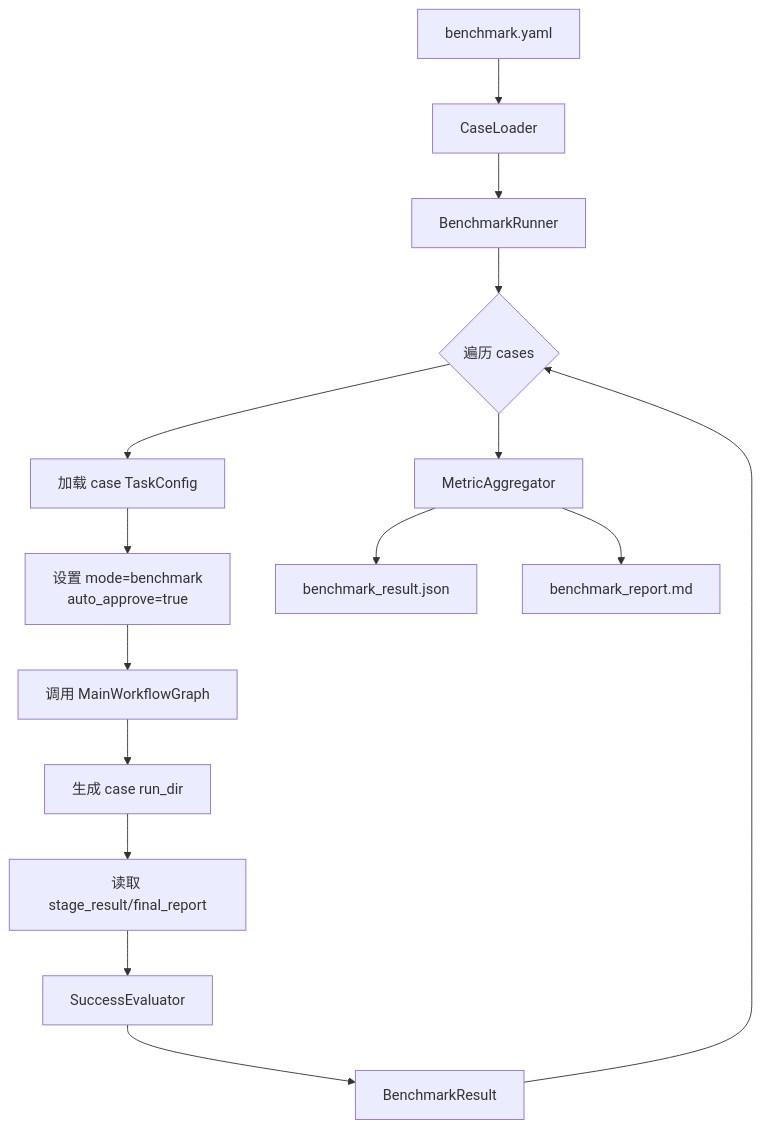
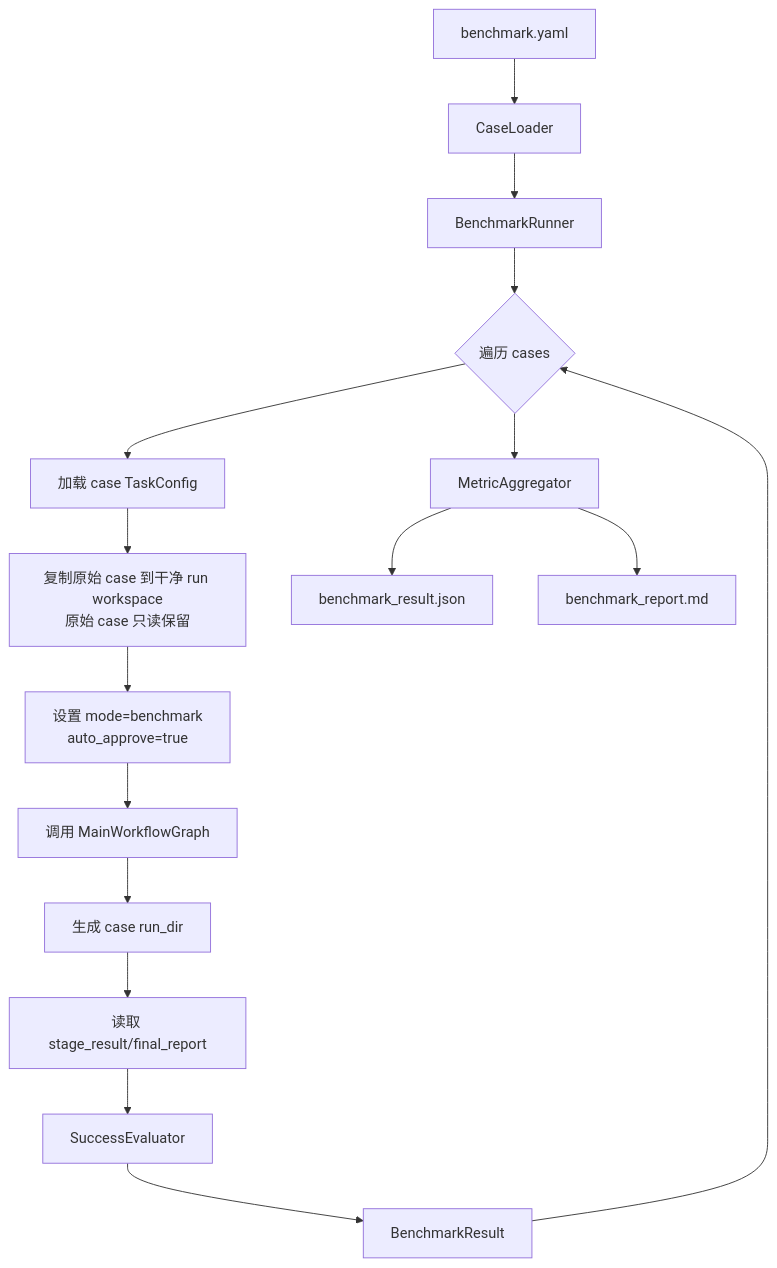
One commit to JerryChen-USTB/CodeAgent changed the first of 2 diagrams in docs/design/10_Benchmark与扩展预留设计.md. Above: the diagram before and after it, drawn with Mermaid. The commit also changed other lines of this file and 37 other files, not shown here.

````diff
--- a/docs/design/10_Benchmark与扩展预留设计.md
+++ b/docs/design/10_Benchmark与扩展预留设计.md
@@ -26,17 +27,18 @@
 ```mermaid
 flowchart TD
   A[benchmark.yaml] --> B[CaseLoader]
   B --> C[BenchmarkRunner]
   C --> D{遍历 cases}
   D --> E[加载 case TaskConfig]
-  E --> F[设置 mode=benchmark\nauto_approve=true]
-  F --> G[调用 MainWorkflowGraph]
-  G --> H[生成 case run_dir]
-  H --> I[读取 stage_result/final_report]
-  I --> J[SuccessEvaluator]
-  J --> K[BenchmarkResult]
-  K --> D
-  D --> L[MetricAggregator]
-  L --> M[benchmark_result.json]
-  L --> N[benchmark_report.md]
+  E --> F[复制原始 case 到干净 run workspace\n原始 case 只读保留]
+  F --> G[设置 mode=benchmark\nauto_approve=true]
+  G --> H[调用 MainWorkflowGraph]
+  H --> I[生成 case run_dir]
+  I --> J[读取 stage_result/final_report]
+  J --> K[SuccessEvaluator]
+  K --> L[BenchmarkResult]
+  L --> D
+  D --> M[MetricAggregator]
+  M --> N[benchmark_result.json]
+  M --> O[benchmark_report.md]
 ```
````
